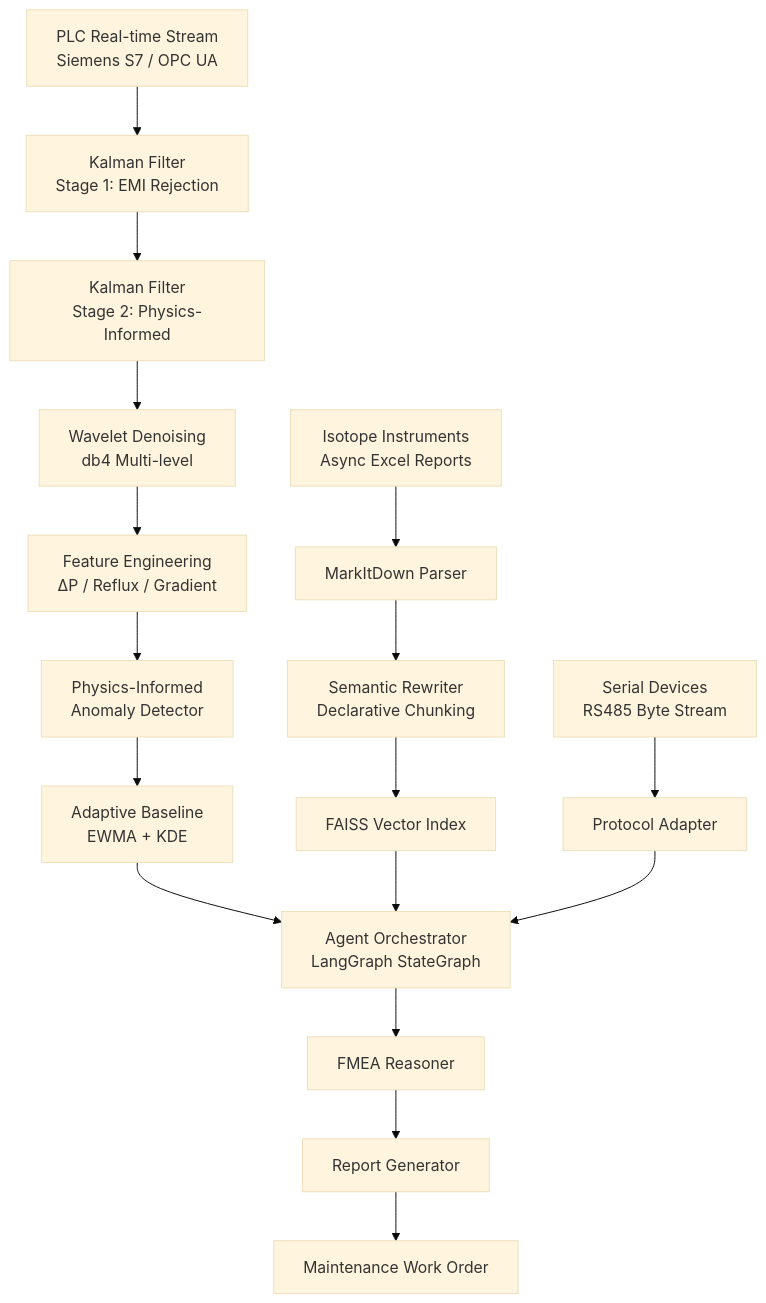
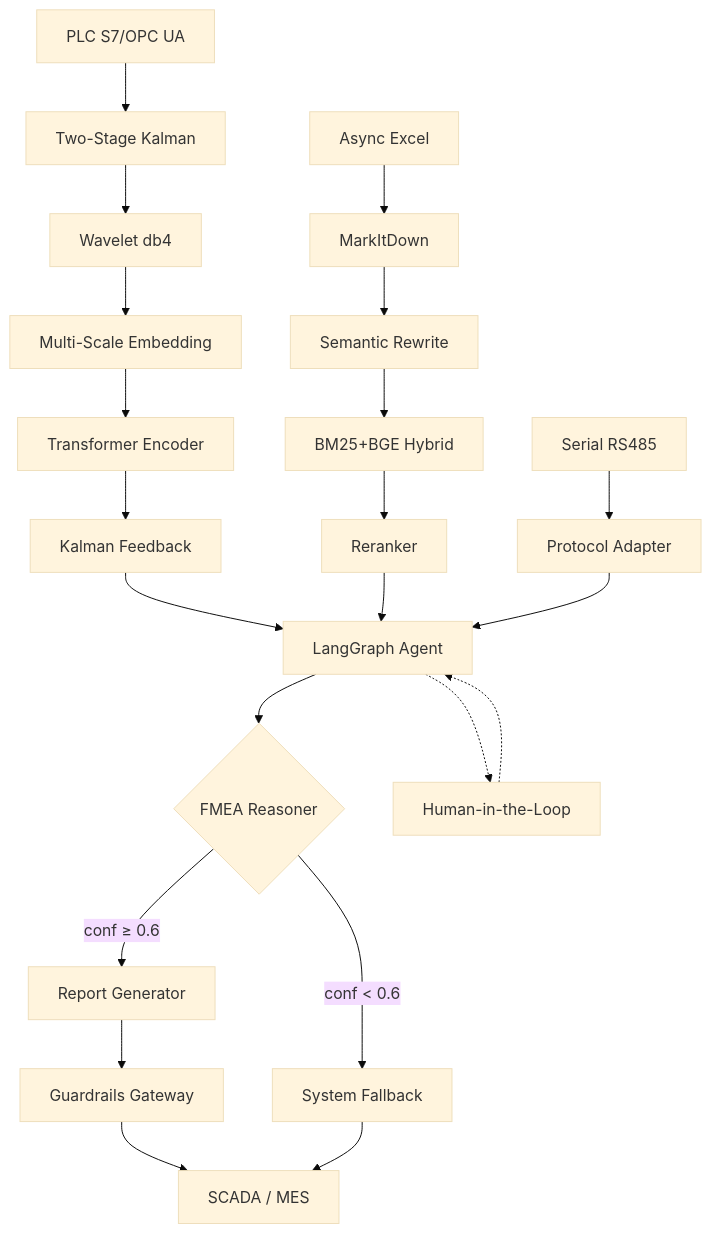
One commit to SeanXJTU99/InduFmeaTimeSeries changed the diagram in README.md. Above: the diagram before and after it, drawn with Mermaid (base theme). The commit also changed other lines of this file and 21 other files, not shown here.

````diff
--- a/README.md
+++ b/README.md
@@ -10,22 +18,29 @@
 ```mermaid
 graph TD
-    A[PLC Real-time Stream<br/>Siemens S7 / OPC UA] --> B[Kalman Filter<br/>Stage 1: EMI Rejection]
-    B --> C[Kalman Filter<br/>Stage 2: Physics-Informed]
-    C --> D[Wavelet Denoising<br/>db4 Multi-level]
-    D --> E[Feature Engineering<br/>ΔP / Reflux / Gradient]
-    E --> F[Physics-Informed<br/>Anomaly Detector]
-    F --> G[Adaptive Baseline<br/>EWMA + KDE]
+    A[PLC S7/OPC UA] --> B[Two-Stage Kalman]
+    B --> C[Wavelet db4]
+    C --> D[Multi-Scale Embedding]
+    D --> E[Transformer Encoder]
+    E --> F[Kalman Feedback]
 
-    H[Isotope Instruments<br/>Async Excel Reports] --> I[MarkItDown Parser]
-    I --> J[Semantic Rewriter<br/>Declarative Chunking]
-    J --> K[FAISS Vector Index]
+    G[Async Excel] --> H[MarkItDown]
+    H --> I[Semantic Rewrite]
+    I --> J[BM25+BGE Hybrid]
+    J --> K[Reranker]
 
-    L[Serial Devices<br/>RS485 Byte Stream] --> M[Protocol Adapter]
+    L[Serial RS485] --> M[Protocol Adapter]
 
-    G --> N[Agent Orchestrator<br/>LangGraph StateGraph]
+    F --> N[LangGraph Agent]
     K --> N
     M --> N
-    N --> O[FMEA Reasoner]
-    O --> P[Report Generator]
-    P --> Q[Maintenance Work Order]
+
+    N --> O{FMEA Reasoner}
+    O -->|conf ≥ 0.6| P[Report Generator]
+    O -->|conf < 0.6| Q[System Fallback]
+    P --> R[Guardrails Gateway]
+    R --> S[SCADA / MES]
+    Q --> S
+
+    N -.-> T[Human-in-the-Loop]
+    T -.-> N
 ```
````
